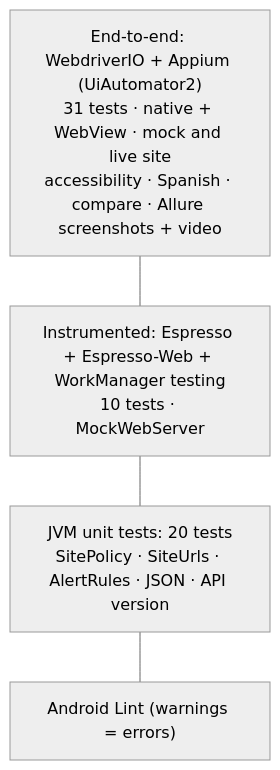
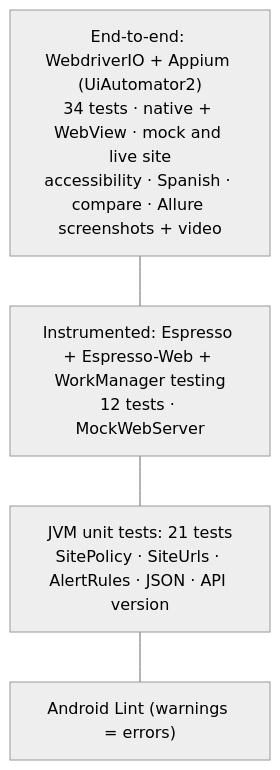
Before and after one commit to dipak-nehe/stock-value-mobile: the fifth of 7 diagrams in android/docs/architecture.md, drawn with Mermaid (neutral theme). The commit also changed other lines of this file and 13 other files, not shown here.

First line of the commit message:
Apply the web app's updates: new SEC alerts, softer wording, API v6, unknown tickers

````diff
--- a/android/docs/architecture.md
+++ b/android/docs/architecture.md
@@ -208,8 +208,8 @@
 ```mermaid
 flowchart TB
-    e2e["End-to-end: WebdriverIO + Appium (UiAutomator2)<br/>31 tests · native + WebView · mock and live site<br/>accessibility · Spanish · compare · Allure screenshots + video"]
-    inst["Instrumented: Espresso + Espresso-Web + WorkManager testing<br/>10 tests · MockWebServer"]
-    unit["JVM unit tests: 20 tests<br/>SitePolicy · SiteUrls · AlertRules · JSON · API version"]
+    e2e["End-to-end: WebdriverIO + Appium (UiAutomator2)<br/>34 tests · native + WebView · mock and live site<br/>accessibility · Spanish · compare · Allure screenshots + video"]
+    inst["Instrumented: Espresso + Espresso-Web + WorkManager testing<br/>12 tests · MockWebServer"]
+    unit["JVM unit tests: 21 tests<br/>SitePolicy · SiteUrls · AlertRules · JSON · API version"]
     lint["Android Lint (warnings = errors)"]
     e2e --- inst --- unit --- lint
 ```
````
